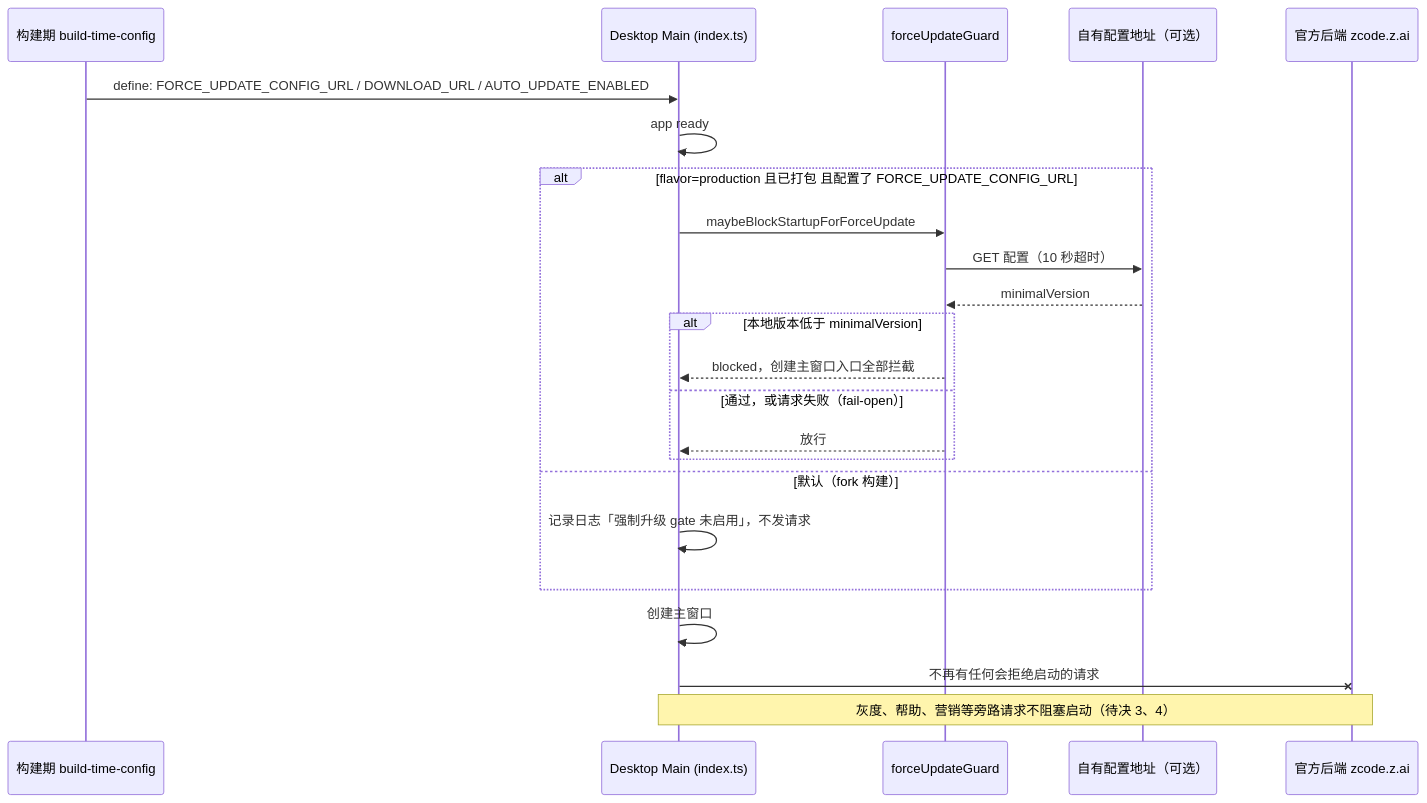
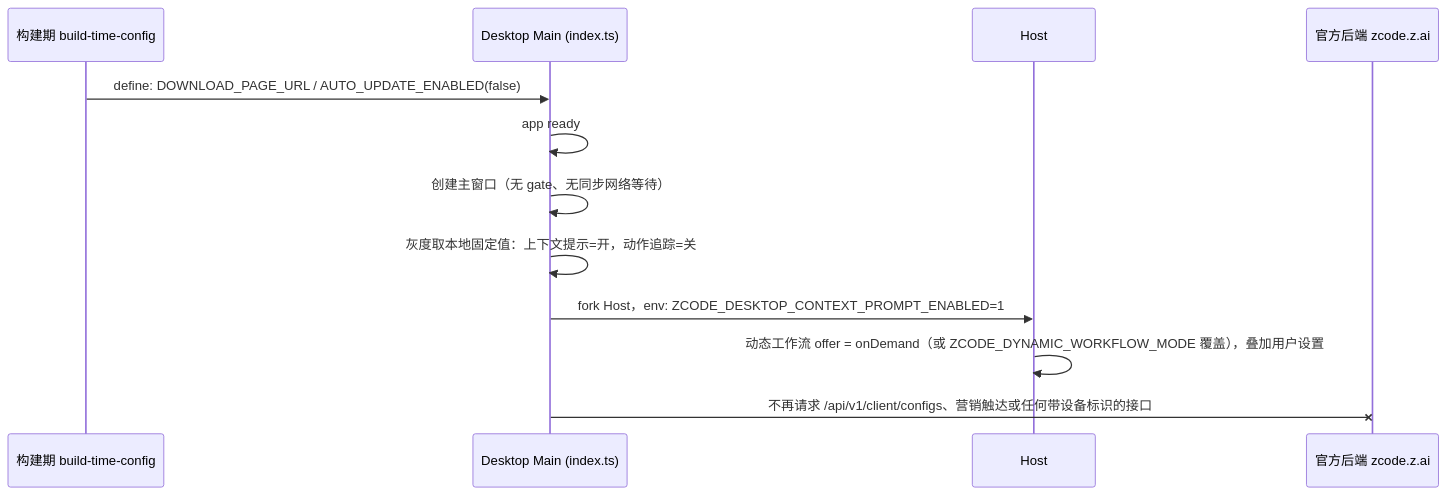
Before and after one commit to zclaudia/zody: the diagram in specs/fork-official-backend-runtime-dependencies.md, drawn with Mermaid. The commit also changed other lines of this file and 96 other files, not shown here.

````diff
--- a/specs/fork-official-backend-runtime-dependencies.md
+++ b/specs/fork-official-backend-runtime-dependencies.md
@@ -126,25 +139,14 @@
 ```mermaid
 sequenceDiagram
     participant B as 构建期 build-time-config
     participant M as Desktop Main (index.ts)
-    participant G as forceUpdateGuard
-    participant S as 自有配置地址（可选）
+    participant H as Host
     participant O as 官方后端 zcode.z.ai
-    B->>M: define: FORCE_UPDATE_CONFIG_URL / DOWNLOAD_URL / AUTO_UPDATE_ENABLED
+    B->>M: define: DOWNLOAD_PAGE_URL / AUTO_UPDATE_ENABLED(false)
     M->>M: app ready
-    alt flavor=production 且已打包 且配置了 FORCE_UPDATE_CONFIG_URL
-        M->>G: maybeBlockStartupForForceUpdate
-        G->>S: GET 配置（10 秒超时）
-        S-->>G: minimalVersion
-        alt 本地版本低于 minimalVersion
-            G-->>M: blocked，创建主窗口入口全部拦截
-        else 通过，或请求失败（fail-open）
-            G-->>M: 放行
-        end
-    else 默认（fork 构建）
-        M->>M: 记录日志「强制升级 gate 未启用」，不发请求
-    end
-    M->>M: 创建主窗口
-    M-xO: 不再有任何会拒绝启动的请求
-    Note over M,O: 灰度、帮助、营销等旁路请求不阻塞启动（待决 3、4）
+    M->>M: 创建主窗口（无 gate、无同步网络等待）
+    M->>M: 灰度取本地固定值：上下文提示=开，动作追踪=关
+    M->>H: fork Host，env: ZCODE_DESKTOP_CONTEXT_PROMPT_ENABLED=1
+    H->>H: 动态工作流 offer = onDemand（或 ZCODE_DYNAMIC_WORKFLOW_MODE 覆盖），叠加用户设置
+    M-xO: 不再请求 /api/v1/client/configs、营销触达或任何带设备标识的接口
 ```
````
